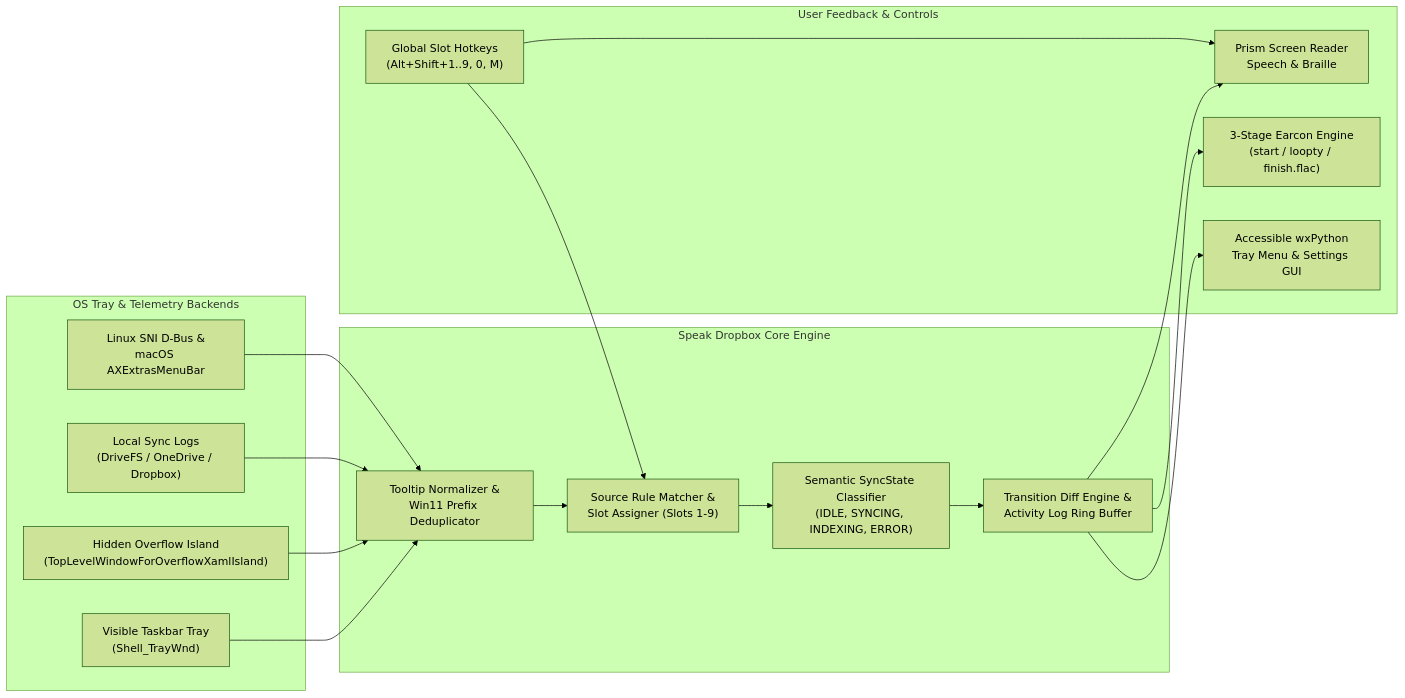
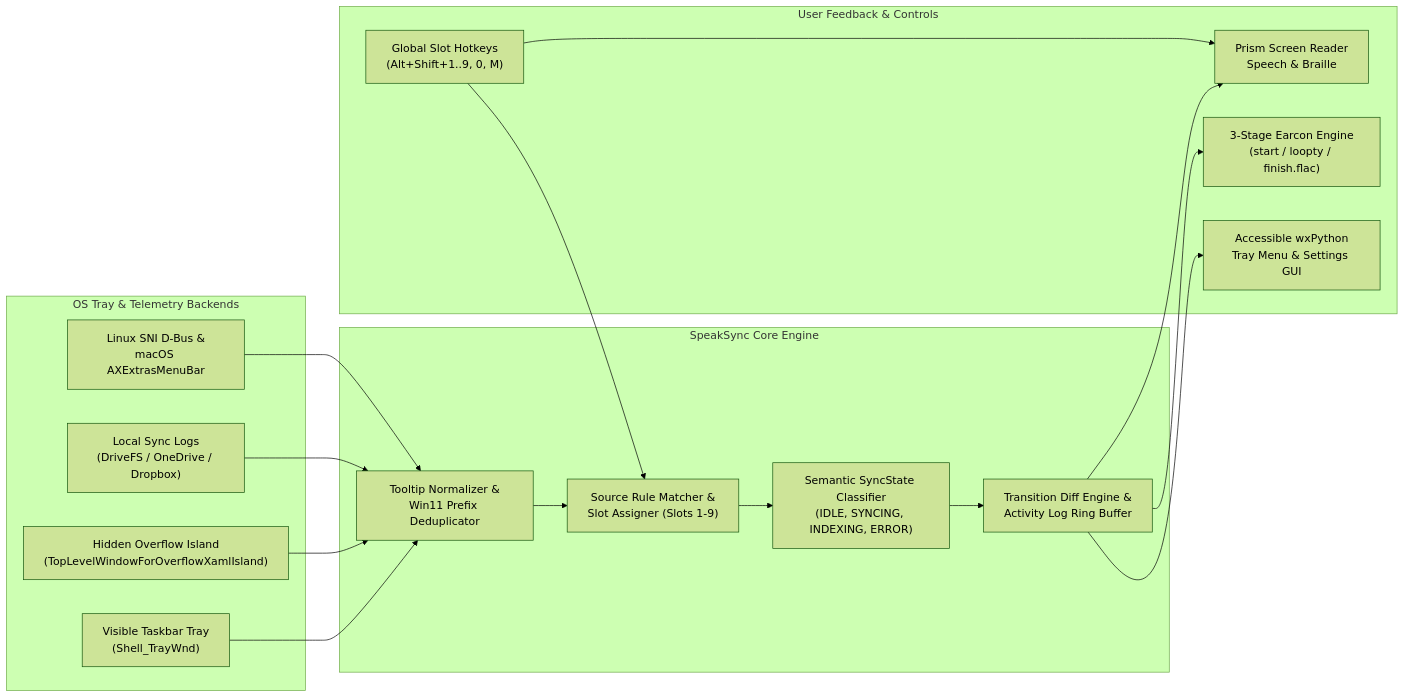
One commit to Aarushb/speak-sync changed the diagram in README.md. Above: the diagram before and after it, drawn with Mermaid (forest theme). The commit also changed other lines of this file, not shown here.

Commit message:
docs: update README title, CLI usage, and architecture walkthrough to SpeakSync

````diff
--- a/README.md
+++ b/README.md
@@ -114,36 +114,36 @@
 ```mermaid
 flowchart LR
     subgraph OS["OS Tray & Telemetry Backends"]
         WinVisible["Visible Taskbar Tray\n(Shell_TrayWnd)"]
         WinOverflow["Hidden Overflow Island\n(TopLevelWindowForOverflowXamlIsland)"]
         LocalLogs["Local Sync Logs\n(DriveFS / OneDrive / Dropbox)"]
         NixMac["Linux SNI D-Bus &\nmacOS AXExtrasMenuBar"]
     end
 
-    subgraph Core["Speak Dropbox Core Engine"]
+    subgraph Core["SpeakSync Core Engine"]
         Dedup["Tooltip Normalizer &\nWin11 Prefix Deduplicator"]
         Matcher["Source Rule Matcher &\nSlot Assigner (Slots 1-9)"]
         Classifier["Semantic SyncState Classifier\n(IDLE, SYNCING, INDEXING, ERROR)"]
         Diff["Transition Diff Engine &\nActivity Log Ring Buffer"]
     end
 
     subgraph Output["User Feedback & Controls"]
         Prism["Prism Screen Reader\nSpeech & Braille"]
         Audio["3-Stage Earcon Engine\n(start / loopty / finish.flac)"]
         Hotkeys["Global Slot Hotkeys\n(Alt+Shift+1..9, 0, M)"]
         TrayUI["Accessible wxPython\nTray Menu & Settings GUI"]
     end
 
     WinVisible --> Dedup
     WinOverflow --> Dedup
     LocalLogs --> Dedup
     NixMac --> Dedup
     Dedup --> Matcher
     Matcher --> Classifier
     Classifier --> Diff
     Diff --> Prism
     Diff --> Audio
     Diff --> TrayUI
     Hotkeys --> Matcher
     Hotkeys --> Prism
 ```
````
